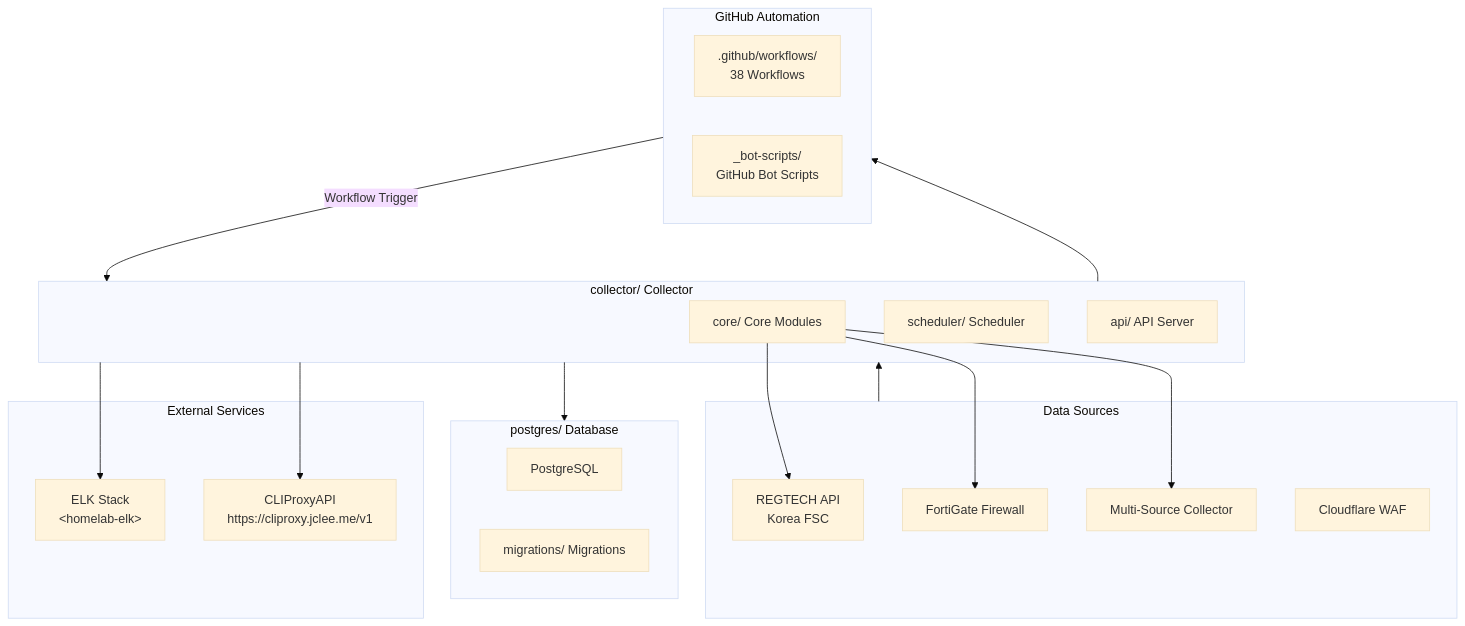
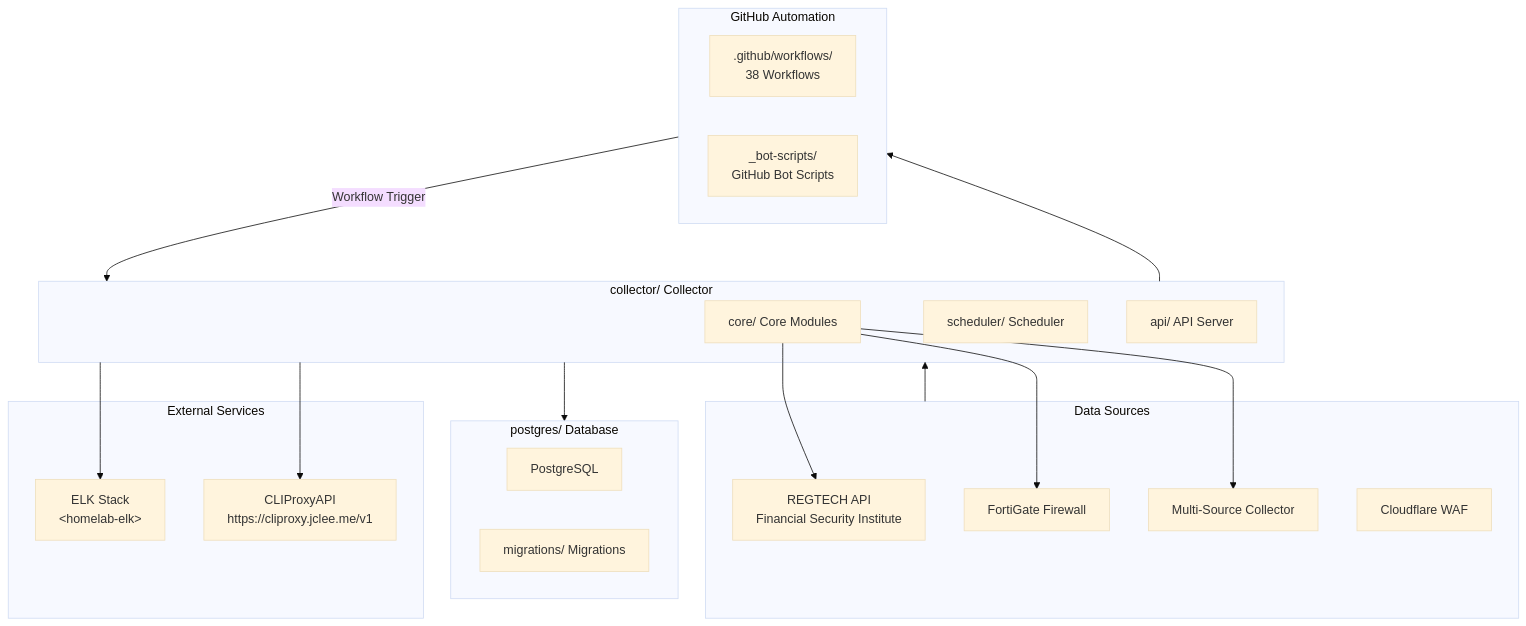
One commit to jclee941/blacklist changed the second of 2 diagrams in README.md. Above: the diagram before and after it, drawn with Mermaid (base theme). The commit also changed other lines of this file, not shown here.

````diff
--- a/README.md
+++ b/README.md
@@ -320,41 +293,41 @@
 ```mermaid
 flowchart TB
     subgraph DataSources["Data Sources"]
-        REGTECH["REGTECH API<br/>Korea FSC"]
+        REGTECH["REGTECH API<br/>Financial Security Institute"]
         FORTIGATE["FortiGate Firewall"]
         MULTI["Multi-Source Collector"]
         CLOUDFLARE["Cloudflare WAF"]
     end
 
     subgraph Collector["collector/ Collector"]
         CORE["core/ Core Modules"]
         SCHEDULER["scheduler/ Scheduler"]
         API["api/ API Server"]
-        
+
         CORE --> FORTIGATE
         CORE --> REGTECH
         CORE --> MULTI
     end
 
     subgraph Database["postgres/ Database"]
         PG["PostgreSQL"]
         MIGRATIONS["migrations/ Migrations"]
     end
 
     subgraph GitHubAutomation["GitHub Automation"]
         WORKFLOWS[".github/workflows/<br/>38 Workflows"]
         BOTS["_bot-scripts/<br/>GitHub Bot Scripts"]
     end
 
     subgraph ExternalServices["External Services"]
         ELK["ELK Stack<br/>&lt;homelab-elk&gt;"]
         PROXY["CLIProxyAPI<br/>https://cliproxy.jclee.me/v1"]
     end
 
     DataSources --> Collector
     Collector --> Database
     Collector --> GitHubAutomation
     GitHubAutomation -->|"Workflow Trigger"| Collector
     Collector --> ELK
     Collector --> PROXY
 ```
````
